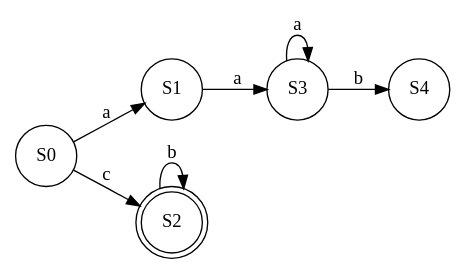
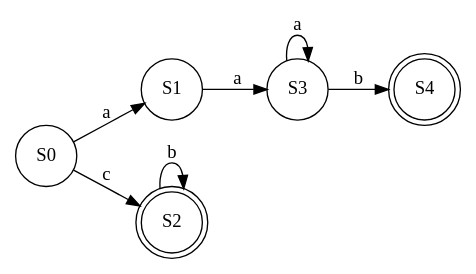
One commit to Racs0XD/-OLC1-Proyecto1_201603028 changed the diagram in Py1_201603028/build/classes/AFD_201603028/Ejercicio_4.dot. Above: the diagram before and after it, drawn with Graphviz. The commit also changed 39 other files, not shown here.

```diff
--- a/Py1_201603028/build/classes/AFD_201603028/Ejercicio_4.dot
+++ b/Py1_201603028/build/classes/AFD_201603028/Ejercicio_4.dot
@@ -1,39 +1,39 @@
 digraph G{
 rankdir=LR
 node[shape=circle]
 concentrate=true
 nodoS0[label="S0"];
 
 nodoS1[label="S1"];
 
 nodoS0->nodoS1[label="a"];
 
 nodoS2[label="S2"];
 
 nodoS0->nodoS2[label="c"];
 
 nodoS1[label="S1"];
 
 nodoS3[label="S3"];
 
 nodoS1->nodoS3[label="a"];
 
 nodoS2[label="S2"][shape=doublecircle];
 
 nodoS2[label="S2"];
 
 nodoS2->nodoS2[label="b"];
 
 nodoS3[label="S3"];
 
 nodoS3[label="S3"];
 
 nodoS3->nodoS3[label="a"];
 
 nodoS4[label="S4"];
 
 nodoS3->nodoS4[label="b"];
 
-nodoS4[label="S4"];
+nodoS4[label="S4"][shape=doublecircle];
 
 }
```
